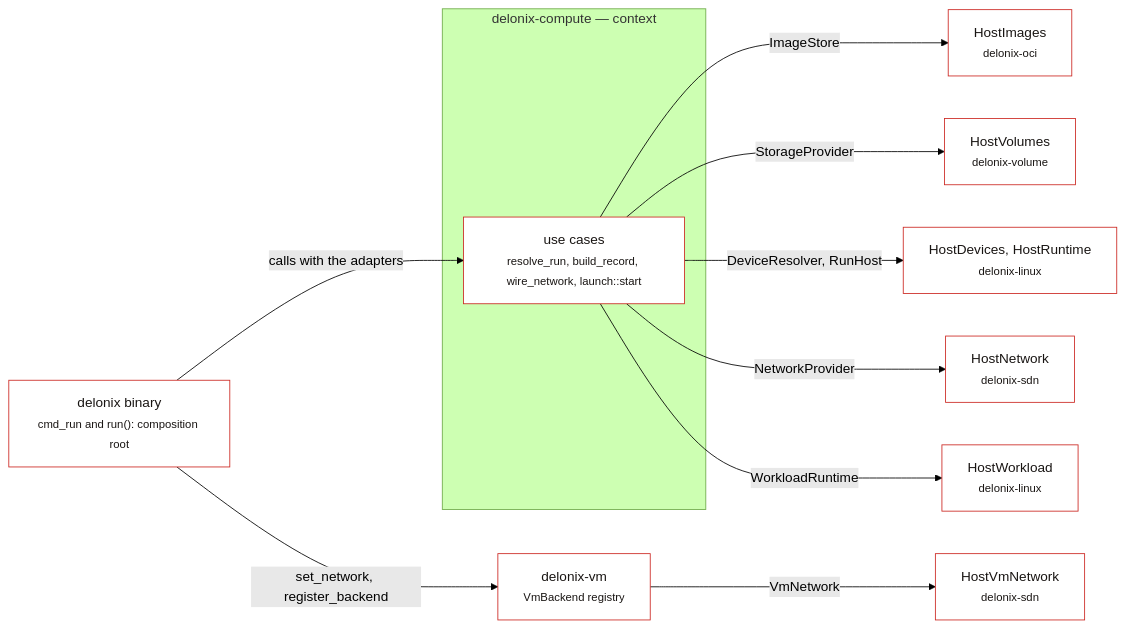
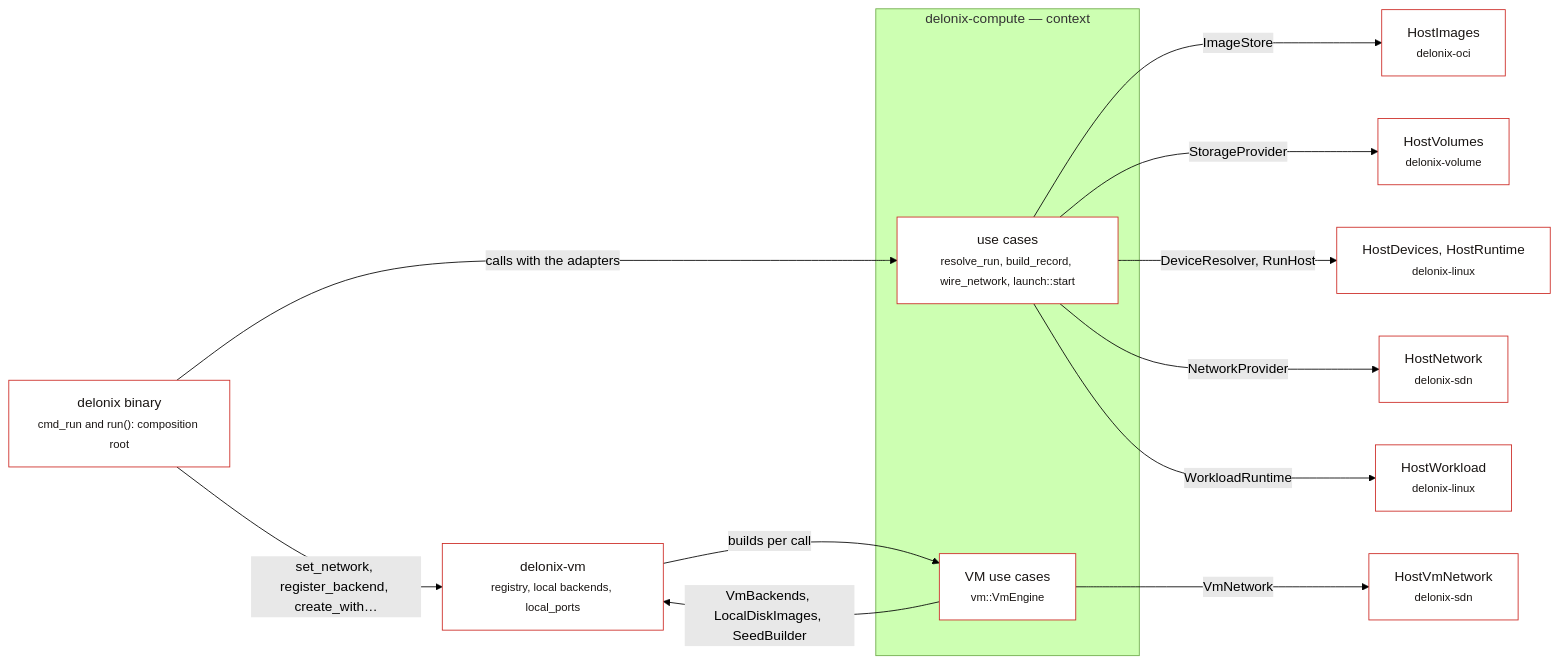
One commit to angolardevops/delonix-runtime changed the seventh of 11 diagrams in docs/dev/architecture.md. Above: the diagram before and after it, drawn with Mermaid (forest theme). The commit also changed other lines of this file and 176 other files, not shown here.

````diff
--- a/docs/dev/architecture.md
+++ b/docs/dev/architecture.md
@@ -551,28 +582,31 @@
 ```mermaid
 flowchart LR
   CMD["delonix binary<br/><small>cmd_run and run(): composition root</small>"]
   subgraph CX["delonix-compute — context"]
     UC["use cases<br/><small>resolve_run, build_record, wire_network, launch::start</small>"]
+    VE["VM use cases<br/><small>vm::VmEngine</small>"]
   end
   HI["HostImages<br/><small>delonix-oci</small>"]
   HV["HostVolumes<br/><small>delonix-volume</small>"]
   HD["HostDevices, HostRuntime<br/><small>delonix-linux</small>"]
   HW["HostWorkload<br/><small>delonix-linux</small>"]
   HN["HostNetwork<br/><small>delonix-sdn</small>"]
-  VM["delonix-vm<br/><small>VmBackend registry</small>"]
+  VM["delonix-vm<br/><small>registry, local backends, local_ports</small>"]
   HVN["HostVmNetwork<br/><small>delonix-sdn</small>"]
   CMD -->|"calls with the adapters"| UC
   UC -->|"ImageStore"| HI
   UC -->|"StorageProvider"| HV
   UC -->|"DeviceResolver, RunHost"| HD
   UC -->|"NetworkProvider"| HN
   UC -->|"WorkloadRuntime"| HW
-  CMD -->|"set_network, register_backend"| VM
-  VM -->|"VmNetwork"| HVN
-  class CMD,UC,HI,HV,HD,HW,HN,VM,HVN block
+  CMD -->|"set_network, register_backend, create_with…"| VM
+  VM -->|"builds per call"| VE
+  VE -->|"VmBackends, LocalDiskImages, SeedBuilder"| VM
+  VE -->|"VmNetwork"| HVN
+  class CMD,UC,VE,HI,HV,HD,HW,HN,VM,HVN block
 classDef person fill:#191513,stroke:#191513,color:#ffffff
 classDef engine fill:#cc2823,stroke:#8f1b17,color:#ffffff
 classDef block fill:#ffffff,stroke:#cc2823,color:#191513
 classDef external fill:#e1ddda,stroke:#8a817c,color:#191513
 classDef store fill:#2390c8,stroke:#17618a,color:#ffffff
 ```
````
